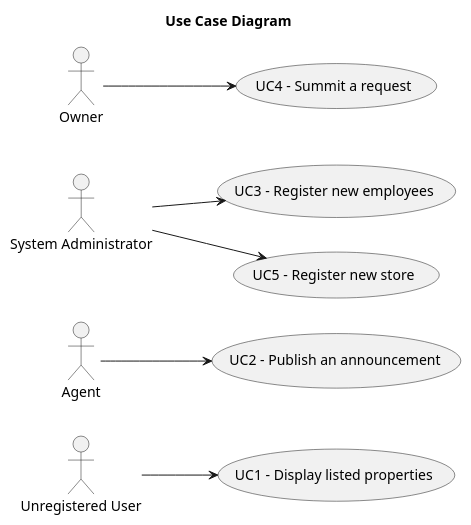
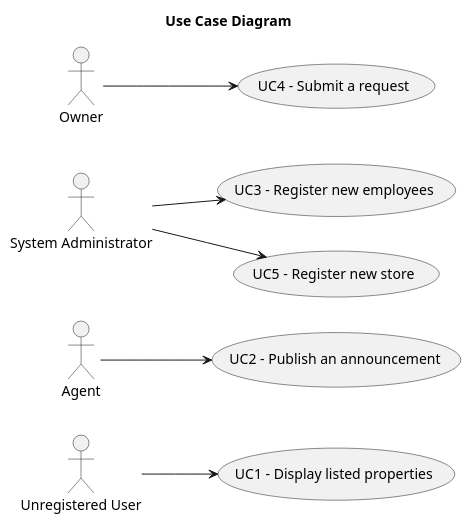
One commit to rita-barbosa/LAPR2-2223 changed the diagram in docs/sprintA/global-artifacts/01.requirements-engineering/puml/use-case-diagram.puml. Above: the diagram before and after it, drawn with PlantUML. The commit also changed 7 other files, not shown here.

```diff
--- a/docs/sprintA/global-artifacts/01.requirements-engineering/puml/use-case-diagram.puml
+++ b/docs/sprintA/global-artifacts/01.requirements-engineering/puml/use-case-diagram.puml
@@ -1,25 +1,25 @@
 @startuml
 'skinparam monochrome true
 skinparam packageStyle rectangle
 'skinparam shadowing false
 
 skinparam rectangle{
     BorderColor yellow
 }
 
 title Use Case Diagram
 
 left to right direction
 
     usecase "UC1 - Display listed properties" as UC1
         "Unregistered User" --> UC1
     usecase "UC2 - Publish an announcement" as UC2
         "Agent" --> UC2
     usecase "UC3 - Register new employees" as UC3
         "System Administrator" --> UC3
     usecase "UC5 - Register new store" as UC5
         "System Administrator" --> UC5
-     usecase "UC4 - Summit a request" as UC4
-         "Owner" --> UC4
+     usecase "UC4 - Submit a request" as UC4
+        "Owner" --> UC4
 
 @enduml
```
